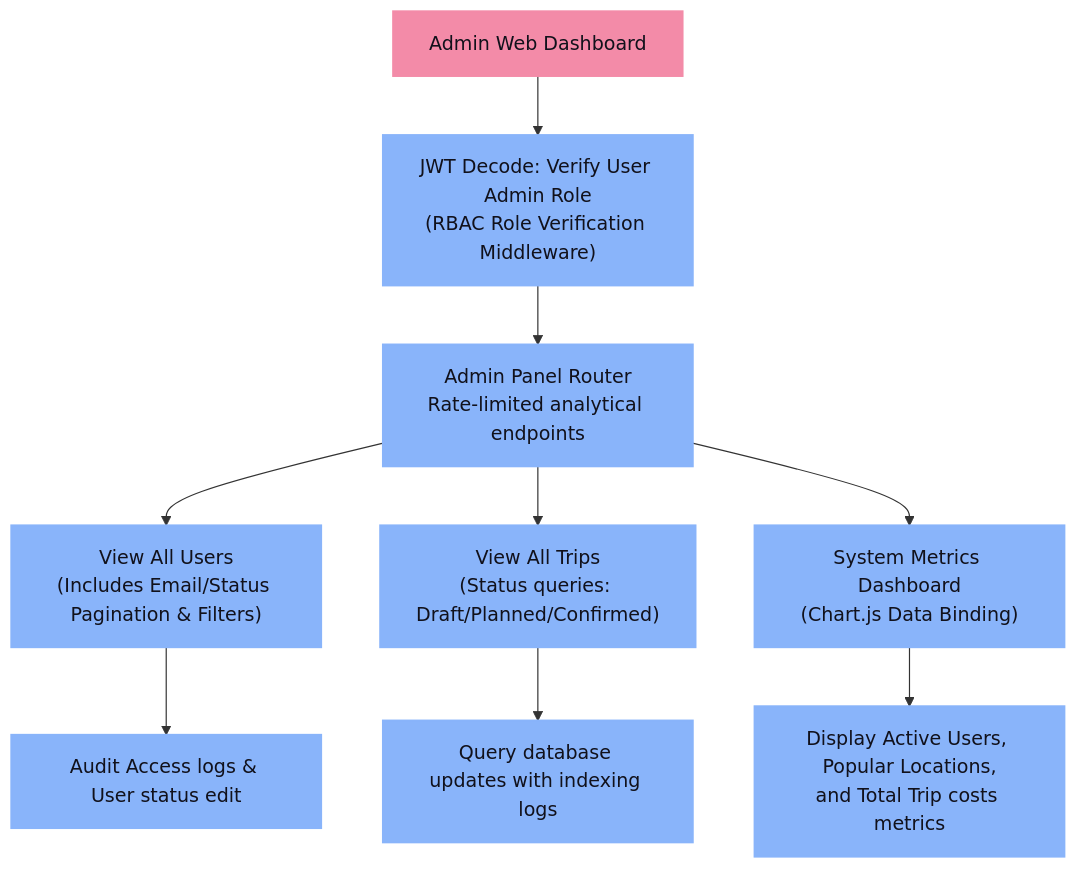
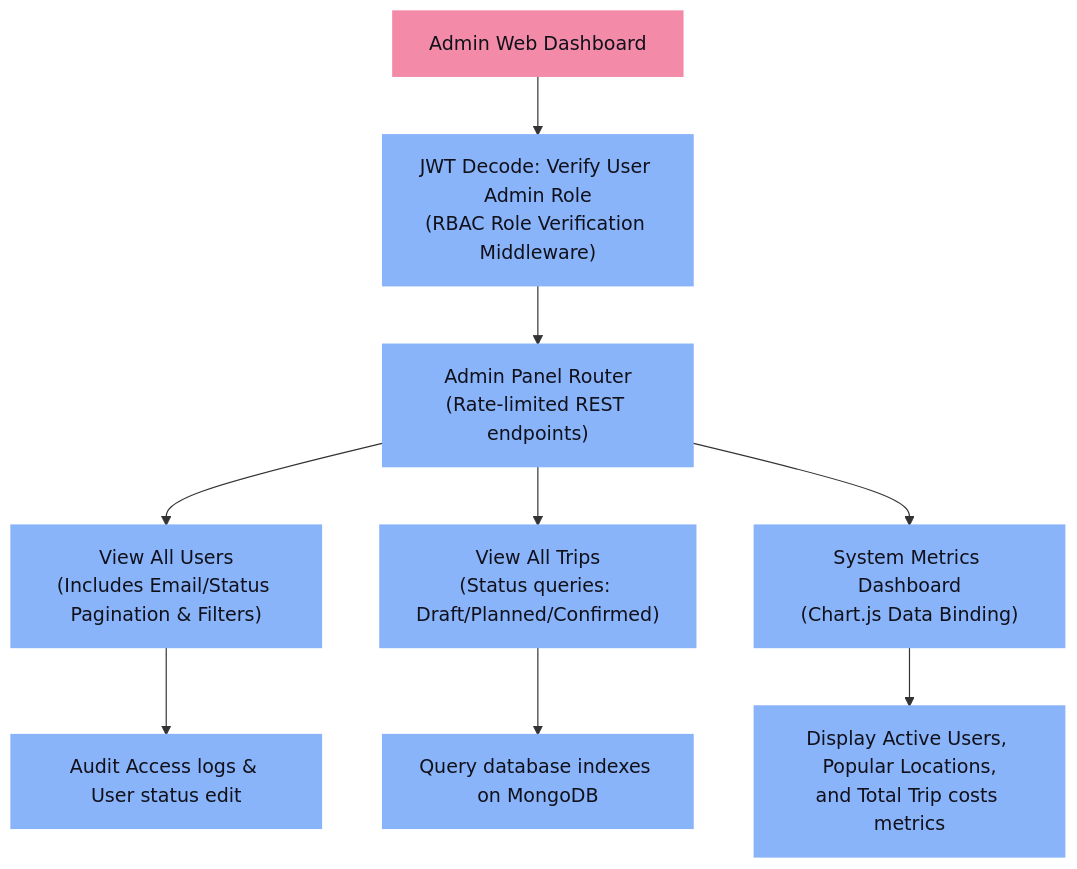
One commit to Dhayananth1511/CapStoneProject_Presidio_InternShip changed the second of 5 diagrams in README.md. Above: the diagram before and after it, drawn with Mermaid. The commit also changed other lines of this file, not shown here.

Commit message:
Flow chart updated

````diff
--- a/README.md
+++ b/README.md
@@ -70,18 +81,18 @@
 ```mermaid
 graph TD
     classDef default fill:#1e1e2e,stroke:#cdd6f4,stroke-width:2px,color:#cdd6f4;
     classDef startEnd fill:#a6e3a1,stroke:#a6e3a1,stroke-width:2px,color:#11111b;
     classDef process fill:#89b4fa,stroke:#89b4fa,stroke-width:2px,color:#11111b;
     classDef admin fill:#f38ba8,stroke:#f38ba8,stroke-width:2px,color:#11111b;
 
     Admin["Admin Web Dashboard"]:::admin --> Auth["JWT Decode: Verify User Admin Role<br/>(RBAC Role Verification Middleware)"]:::process
-    Auth --> DashboardREST["Admin Panel Router<br/>Rate-limited analytical endpoints"]:::process
+    Auth --> DashboardREST["Admin Panel Router<br/>(Rate-limited REST endpoints)"]:::process
     
     DashboardREST --> Users["View All Users<br/>(Includes Email/Status Pagination & Filters)"]:::process
     DashboardREST --> Trips["View All Trips<br/>(Status queries: Draft/Planned/Confirmed)"]:::process
     DashboardREST --> Analytics["System Metrics Dashboard<br/>(Chart.js Data Binding)"]:::process
     
     Users --> AuditLogs["Audit Access logs & User status edit"]:::process
-    Trips --> SearchTrips["Query database updates with indexing logs"]:::process
+    Trips --> SearchTrips["Query database indexes on MongoDB"]:::process
     Analytics --> Stats["Display Active Users, Popular Locations,<br/>and Total Trip costs metrics"]:::process
 ```
````
